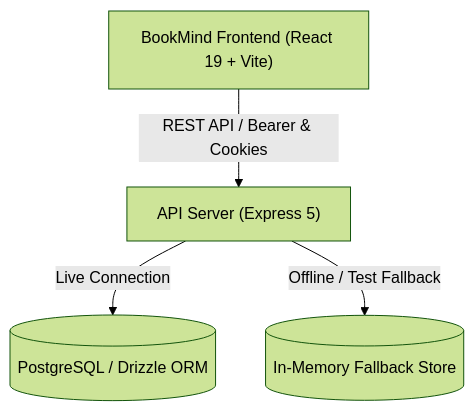
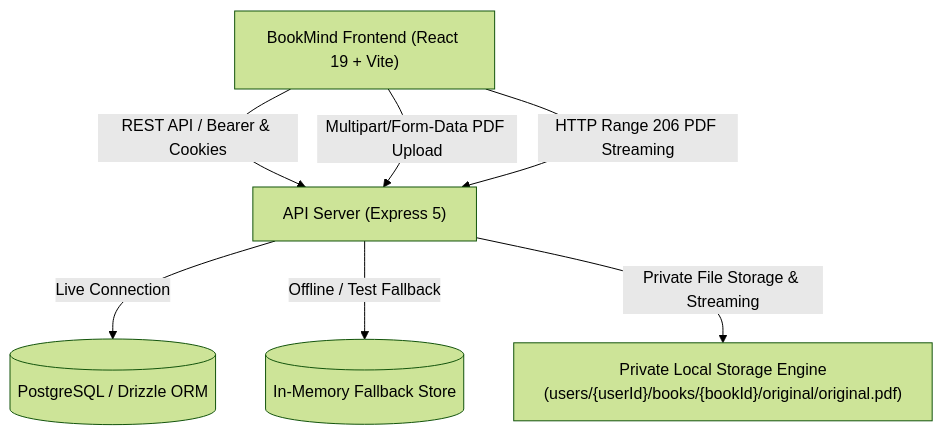
Before and after one commit to Gronk93/BookMain: the diagram in docs/architecture.md, drawn with Mermaid (forest theme). The commit also changed other lines of this file and 53 other files, not shown here.

Commit message:
feat(ingestion): implement PDF ingestion engine and private local storage (BM-PRD-03)

````diff
--- a/docs/architecture.md
+++ b/docs/architecture.md
@@ -7,11 +7,15 @@
 ```mermaid
 graph TD
     Client["BookMind Frontend (React 19 + Vite)"]
     API["API Server (Express 5)"]
     DB[(PostgreSQL / Drizzle ORM)]
+    Storage["Private Local Storage Engine\n(users/{userId}/books/{bookId}/original/original.pdf)"]
     Memory[(In-Memory Fallback Store)]
 
     Client -->|REST API / Bearer & Cookies| API
+    Client -->|Multipart/Form-Data PDF Upload| API
+    Client -->|HTTP Range 206 PDF Streaming| API
     API -->|Live Connection| DB
     API -->|Offline / Test Fallback| Memory
+    API -->|Private File Storage & Streaming| Storage
 ```
````
